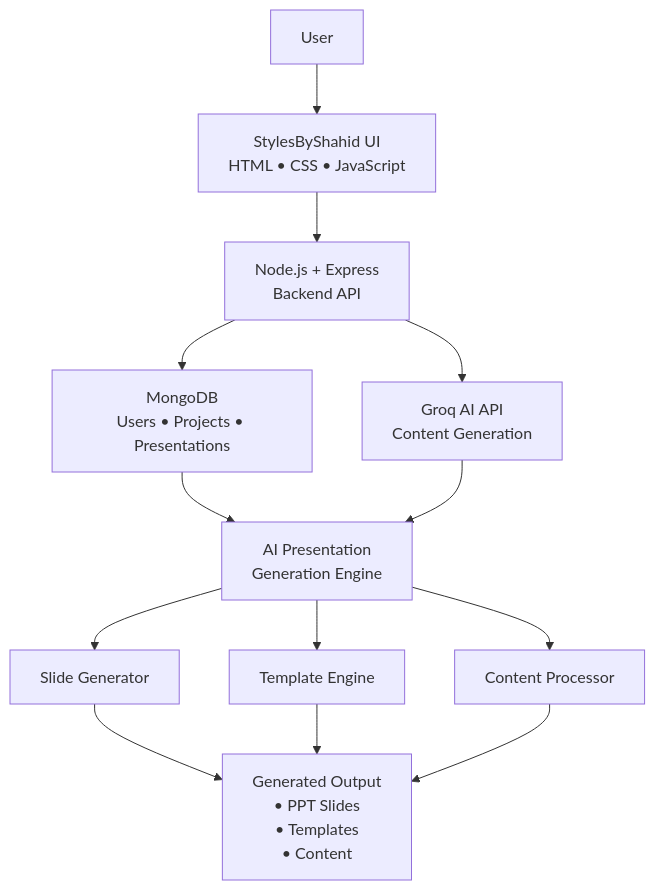
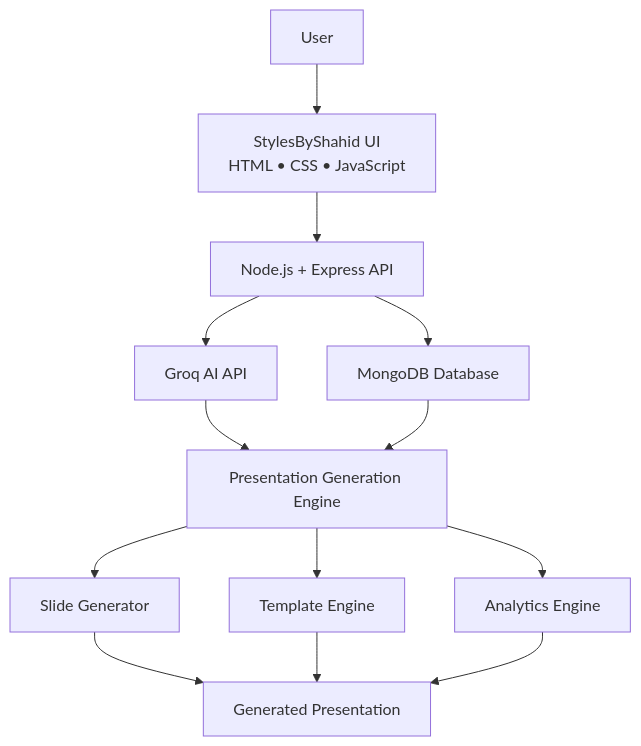
Before and after one commit to SHAHID-glitch/StylesByShahid: the first of 2 diagrams in README.md, drawn with Mermaid. The commit also changed other lines of this file, not shown here.

````diff
--- a/README.md
+++ b/README.md
@@ -35,40 +141,47 @@
 ```mermaid
 flowchart TD
 
     user["User"]
 
     ui["StylesByShahid UI<br/>HTML • CSS • JavaScript"]
 
-    api["Node.js + Express<br/>Backend API"]
+    api["Node.js + Express API"]
 
-    db["MongoDB<br/>Users • Projects • Presentations"]
+    db["MongoDB Database"]
 
-    groq["Groq AI API<br/>Content Generation"]
+    groq["Groq AI API"]
 
-    engine["AI Presentation<br/>Generation Engine"]
+    engine["Presentation Generation Engine"]
 
     slides["Slide Generator"]
 
     templates["Template Engine"]
 
-    content["Content Processor"]
+    analytics["Analytics Engine"]
 
-    output["Generated Output<br/>• PPT Slides<br/>• Templates<br/>• Content"]
+    output["Generated Presentation"]
 
     user --> ui
+
     ui --> api
 
     api --> db
+
     api --> groq
 
-    db --> engine
     groq --> engine
 
+    db --> engine
+
     engine --> slides
+
     engine --> templates
-    engine --> content
+
+    engine --> analytics
 
     slides --> output
+
     templates --> output
-    content --> output
+
+    analytics --> output
 ```
````
